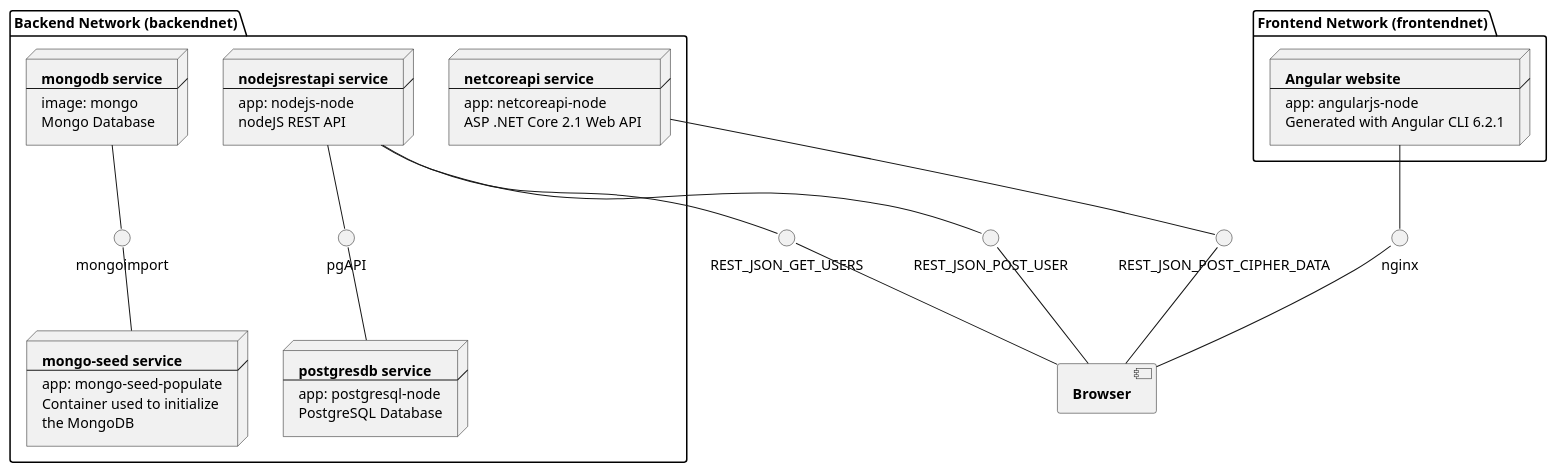
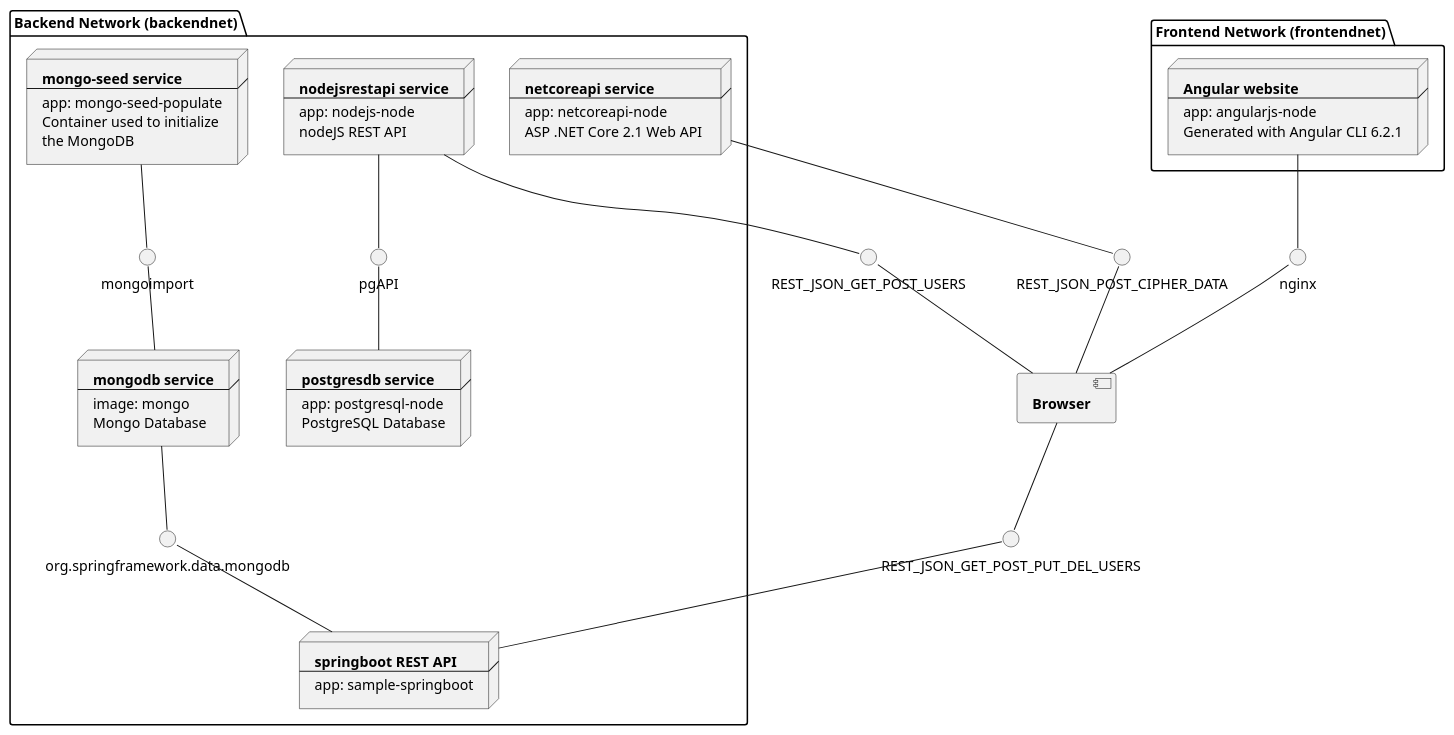
Before and after one commit to anaselhajjaji/DockerStarterArchi: the diagram in system_presentation.puml, drawn with PlantUML.

Commit message:
update plantuml diagram

```diff
--- a/system_presentation.puml
+++ b/system_presentation.puml
@@ -1,71 +1,80 @@
 @startuml
 
 package "Frontend Network (frontendnet)" {
     node angularwebsite [
         <b>Angular website
         ----
         app: angularjs-node
         Generated with Angular CLI 6.2.1
     ]
 }
 
 package "Backend Network (backendnet)" {
     node postgresdb [
         <b>postgresdb service
         ----
         app: postgresql-node
         PostgreSQL Database
     ]
 
     node netcoreapi [
         <b>netcoreapi service
         ----
         app: netcoreapi-node
         ASP .NET Core 2.1 Web API 
     ]
 
     node nodejsrestapi [
         <b>nodejsrestapi service
         ----
         app: nodejs-node
         nodeJS REST API
     ]
 
+    node springbootapi [
+        <b>springboot REST API
+        ----
+        app: sample-springboot
+    ]
+
     node mongodb [
         <b>mongodb service
         ----
         image: mongo
         Mongo Database
     ]
+
+    [mongodb] -down- org.springframework.data.mongodb
+    org.springframework.data.mongodb -down- springbootapi
 
     node mongoseed [
         <b>mongo-seed service
         ----
         app: mongo-seed-populate
         Container used to initialize 
         the MongoDB
     ]
 
-    [mongodb] -- mongoimport
-    mongoimport -- mongoseed
+    [mongodb] -up- mongoimport
+    mongoimport -up- mongoseed
 
     [nodejsrestapi] -- pgAPI
     pgAPI -- postgresdb
 }
 
-[nodejsrestapi] -- REST_JSON_GET_USERS
-[nodejsrestapi] -- REST_JSON_POST_USER
+[nodejsrestapi] -- REST_JSON_GET_POST_USERS
 [netcoreapi] -- REST_JSON_POST_CIPHER_DATA
+[springbootapi] -up- REST_JSON_GET_POST_PUT_DEL_USERS
 
 component browser [
     <b>Browser
 ]
 
 [angularwebsite] -- nginx
 nginx -- browser
 
-browser -up- REST_JSON_GET_USERS
-browser -up- REST_JSON_POST_USER
+browser -up- REST_JSON_GET_POST_USERS
 browser -up- REST_JSON_POST_CIPHER_DATA
+browser -down- REST_JSON_GET_POST_PUT_DEL_USERS
 
 @enduml
```
